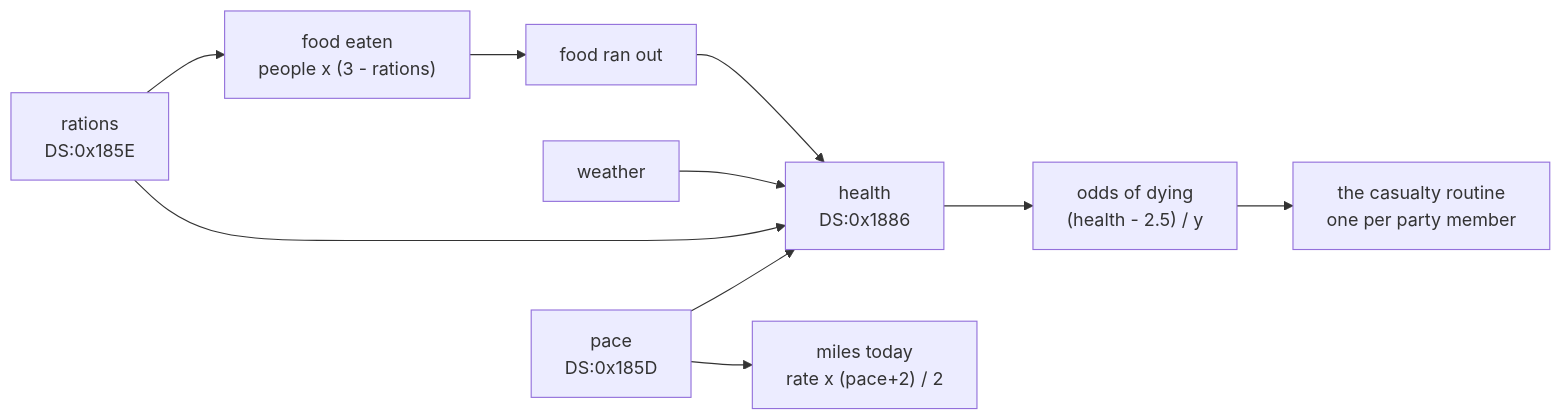
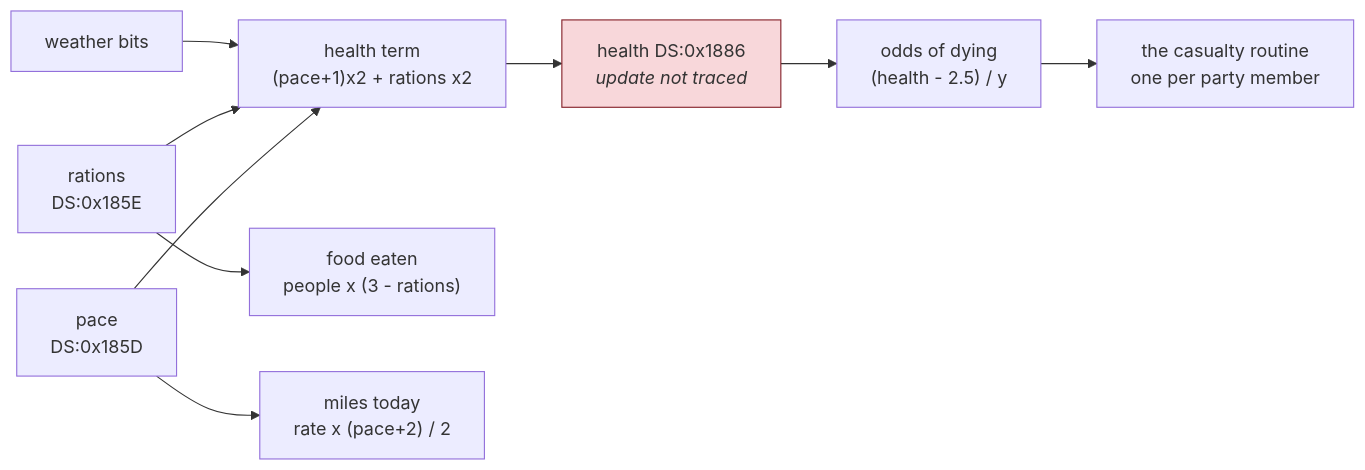
Before and after one commit to agunawijaya/retro-ports: the diagram in oregon-trail/docs/03-the-code.md, drawn with Mermaid. The commit also changed other lines of this file and 2 other files, not shown here.

````diff
--- a/oregon-trail/docs/03-the-code.md
+++ b/oregon-trail/docs/03-the-code.md
@@ -1229,12 +1251,12 @@
 ```mermaid
 flowchart LR
-    P["pace<br/>DS:0x185D"] --> H["health<br/>DS:0x1886"]
-    R["rations<br/>DS:0x185E"] --> H
-    W["weather"] --> H
-    F["food ran out"] --> H
+    P["pace<br/>DS:0x185D"] --> T["health term<br/>(pace+1)x2 + rations x2"]
+    R["rations<br/>DS:0x185E"] --> T
+    W["weather bits"] --> T
+    T --> H["health DS:0x1886<br/><i>update not traced</i>"]
     R --> E["food eaten<br/>people x (3 - rations)"]
-    E --> F
     P --> M["miles today<br/>rate x (pace+2) / 2"]
     H --> D["odds of dying<br/>(health - 2.5) / y"]
     D --> K["the casualty routine<br/>one per party member"]
+    style H fill:#f8d7da,stroke:#842029
 ```
````
